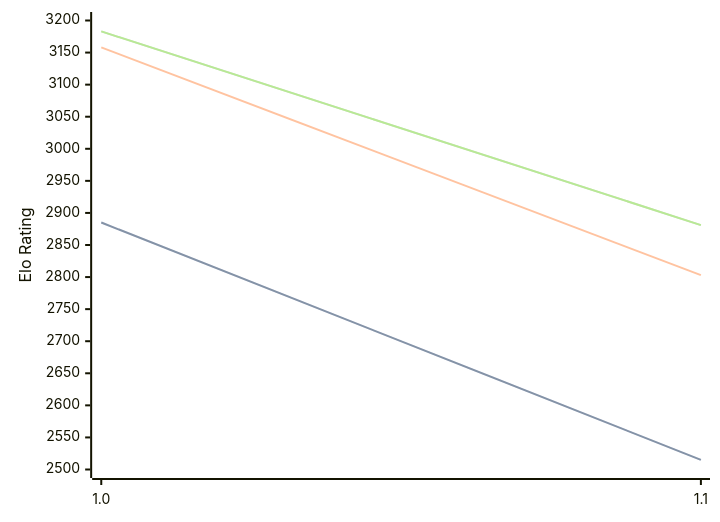
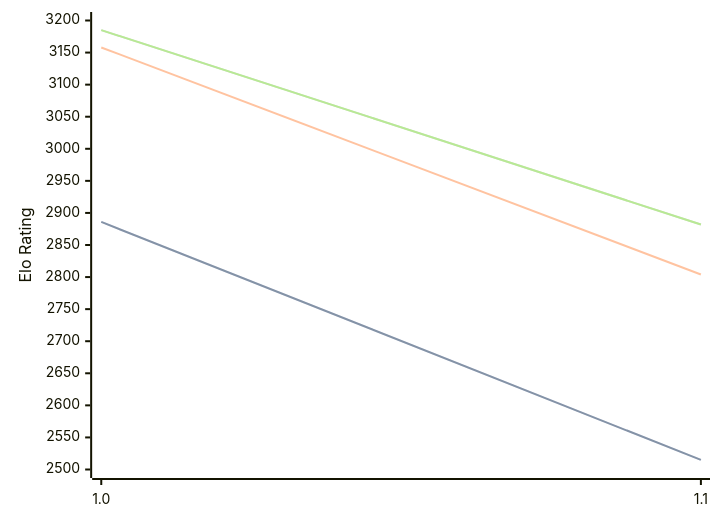
One commit to computer-chess-index/cci changed the diagram in engines/Publius.md. Above: the diagram before and after it, drawn with Mermaid. The commit also changed other lines of this file, not shown here.

Commit message:
Update CCI Ratings (ELO VLTC) - 2026-05-15

````diff
--- a/engines/Publius.md
+++ b/engines/Publius.md
@@ -32,11 +32,11 @@
 ```mermaid
 %%{init: {"theme":"base","themeVariables":{"seriesColors:['#a3a3a3','#222221','#faa371']}}}%%
 xychart-beta
   x-axis ["1.0", "1.1"]
   y-axis "Elo Rating" 2500 --> 3200
-  line "STC (8.0+0.08s)" [2885, 2515]
-  line "STC (8.0+0.08s)" [2885, 2515]
-  line "LTC (60.0+0.60s)" [3158, 2803]
-  line "VLTC (2m24s+1.12s)" [3183, 2881]
-  line "VLTC (2m24s+1.12s)" [3183, 2881]
+  line "STC (8.0+0.08s)" [2886, 2515]
+  line "STC (8.0+0.08s)" [2886, 2515]
+  line "LTC (60.0+0.60s)" [3158, 2804]
+  line "VLTC (2m24s+1.12s)" [3185, 2882]
+  line "VLTC (2m24s+1.12s)" [3185, 2882]
 ```
````
